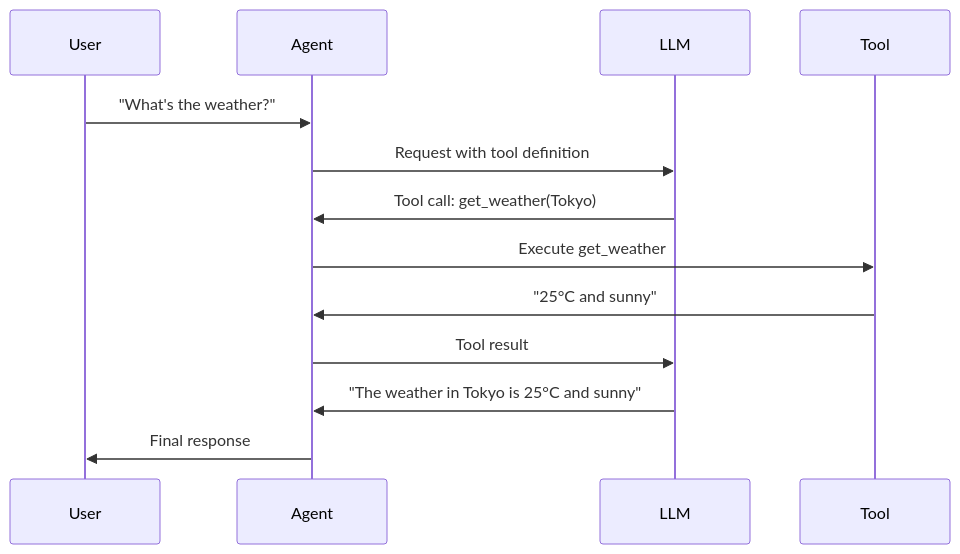
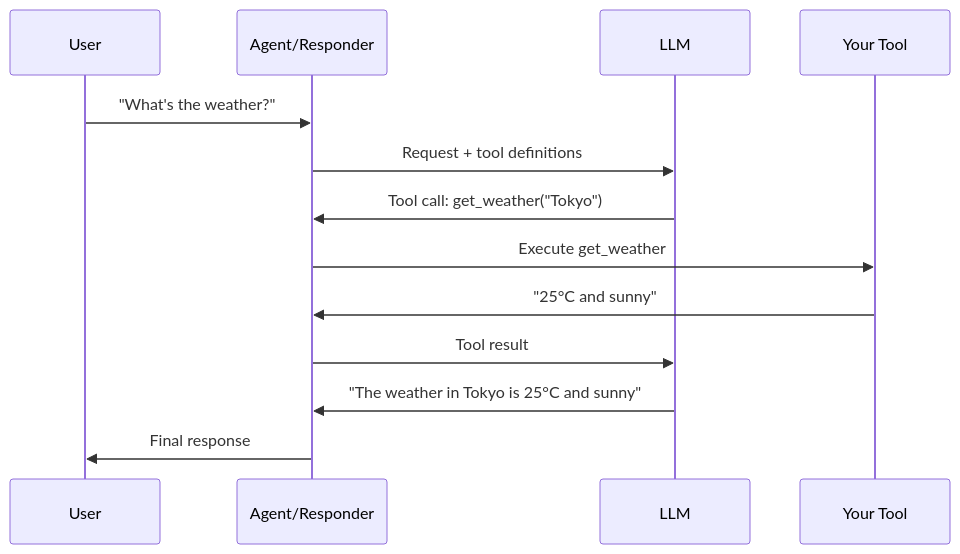
Before and after one commit to paragon-intelligence/agentle4j: the diagram in docs/guides/tools.md, drawn with Mermaid. The commit also changed other lines of this file and 3 other files, not shown here.

````diff
--- a/docs/guides/tools.md
+++ b/docs/guides/tools.md
@@ -7,16 +9,16 @@
 ```mermaid
 sequenceDiagram
     participant User
-    participant Agent
+    participant Agent/Responder
     participant LLM
-    participant Tool
+    participant Your Tool
 
-    User->>Agent: "What's the weather?"
-    Agent->>LLM: Request with tool definition
-    LLM->>Agent: Tool call: get_weather(Tokyo)
-    Agent->>Tool: Execute get_weather
-    Tool->>Agent: "25°C and sunny"
-    Agent->>LLM: Tool result
-    LLM->>Agent: "The weather in Tokyo is 25°C and sunny"
-    Agent->>User: Final response
+    User->>Agent/Responder: "What's the weather?"
+    Agent/Responder->>LLM: Request + tool definitions
+    LLM->>Agent/Responder: Tool call: get_weather("Tokyo")
+    Agent/Responder->>Your Tool: Execute get_weather
+    Your Tool->>Agent/Responder: "25°C and sunny"
+    Agent/Responder->>LLM: Tool result
+    LLM->>Agent/Responder: "The weather in Tokyo is 25°C and sunny"
+    Agent/Responder->>User: Final response
 ```
````
